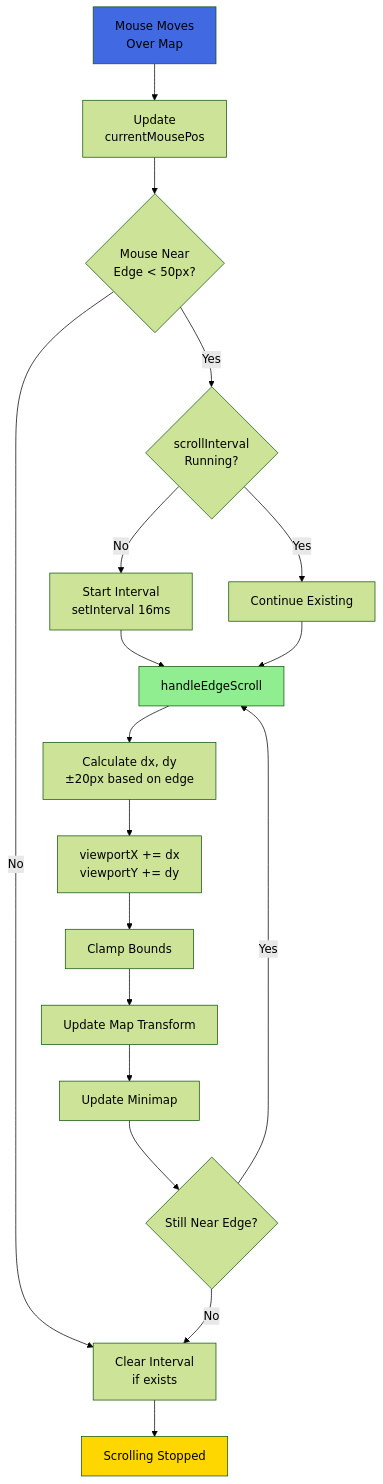
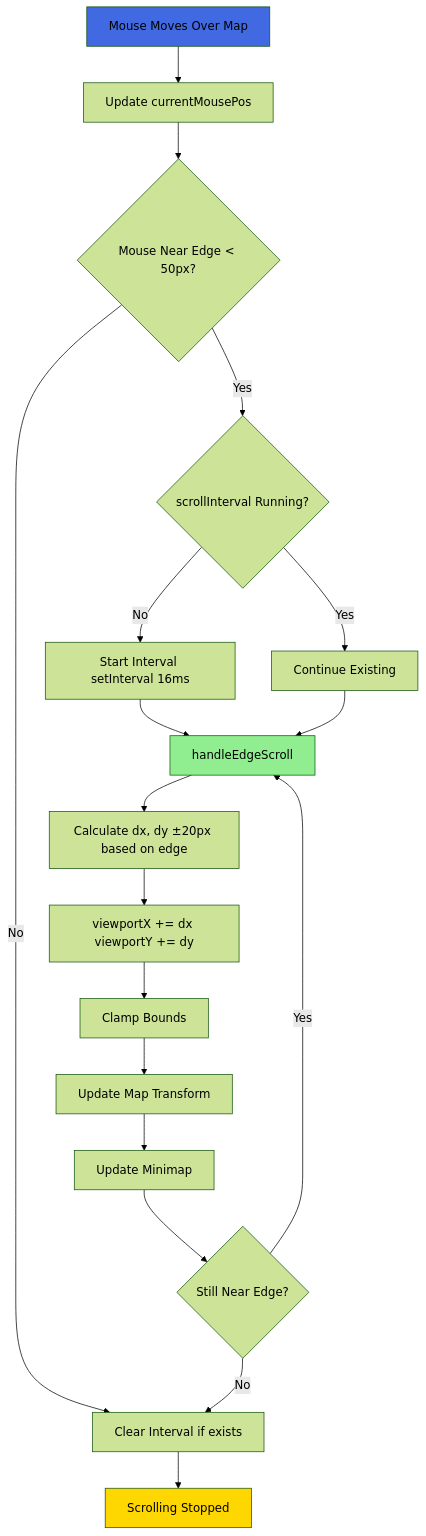
Before and after one commit to softwarewrighter/rts_mock: the eighth of 10 diagrams in wiki/Data-Flow.md, drawn with Mermaid (forest theme). The commit also changed other lines of this file and 5 other files, not shown here.

First line of the commit message:
Fix wiki Mermaid diagrams: remove <br/> tags

````diff
--- a/wiki/Data-Flow.md
+++ b/wiki/Data-Flow.md
@@ -329,30 +329,30 @@
 ```mermaid
 flowchart TD
-    A[Mouse Moves<br/>Over Map] --> B[Update<br/>currentMousePos]
-    B --> C{Mouse Near<br/>Edge < 50px?}
+    A[Mouse Moves Over Map] --> B[Update currentMousePos]
+    B --> C{Mouse Near Edge < 50px?}
 
-    C -->|Yes| D{scrollInterval<br/>Running?}
-    C -->|No| E[Clear Interval<br/>if exists]
+    C -->|Yes| D{scrollInterval Running?}
+    C -->|No| E[Clear Interval if exists]
 
-    D -->|No| F[Start Interval<br/>setInterval 16ms]
+    D -->|No| F[Start Interval setInterval 16ms]
     D -->|Yes| G[Continue Existing]
 
     F --> H[handleEdgeScroll]
     G --> H
 
-    H --> I[Calculate dx, dy<br/>±20px based on edge]
-    I --> J[viewportX += dx<br/>viewportY += dy]
+    H --> I[Calculate dx, dy ±20px based on edge]
+    I --> J[viewportX += dx viewportY += dy]
     J --> K[Clamp Bounds]
     K --> L[Update Map Transform]
     L --> M[Update Minimap]
 
     M --> N{Still Near Edge?}
     N -->|Yes| H
     N -->|No| E
 
     E --> O[Scrolling Stopped]
 
     style A fill:#4169E1
     style H fill:#90EE90
     style O fill:#FFD700
 ```
````
